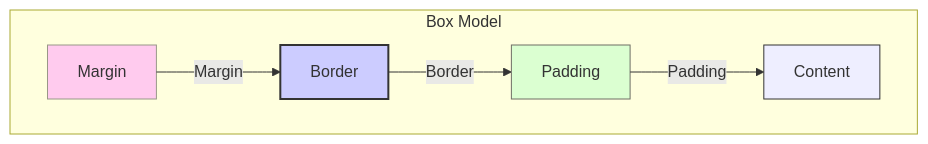
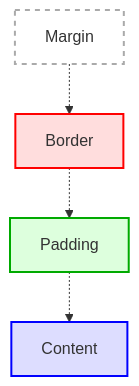
Before and after one commit to Glimakra-Webbutvecklare/kursbok: the first of 2 diagrams in src/kapitel_3/boxmodellen.md, drawn with Mermaid. The commit also changed other lines of this file and 13 other files, not shown here.

````diff
--- a/src/kapitel_3/boxmodellen.md
+++ b/src/kapitel_3/boxmodellen.md
@@ -16,15 +30,8 @@
 ```mermaid
 graph TD
-    subgraph Box Model
-        direction LR
-        Margin -- Margin --> Border
-        Border -- Border --> Padding
-        Padding -- Padding --> Content[Content]
-    end
-
-    style Margin fill:#f9f,stroke:#333,stroke-width:1px,opacity:0.5
-    style Border fill:#ccf,stroke:#333,stroke-width:2px
-    style Padding fill:#cfc,stroke:#333,stroke-width:1px,opacity:0.7
-    style Content fill:#eef,stroke:#333,stroke-width:1px
-
+    Margin -.-> Border -.-> Padding -.-> Content
+    style Margin fill:#fff,stroke:#aaa,stroke-width:2px,stroke-dasharray: 5 5
+    style Border fill:#fdd,stroke:#f00,stroke-width:2px
+    style Padding fill:#dfd,stroke:#0a0,stroke-width:2px
+    style Content fill:#ddf,stroke:#00f,stroke-width:2px
 ```
````
